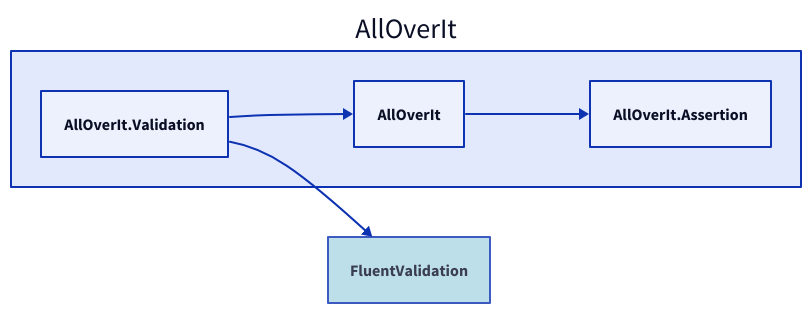
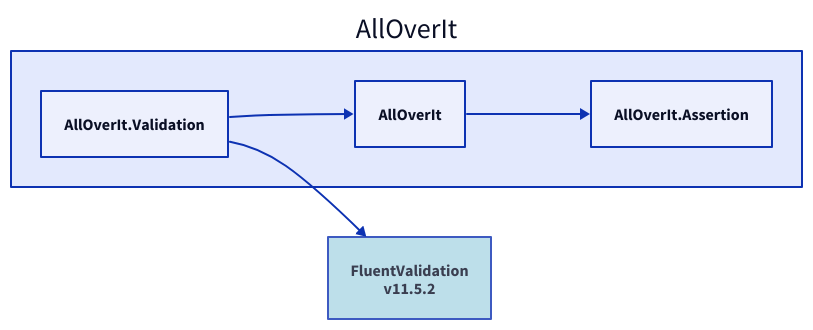
One commit to nickathone/AllOverIt changed the diagram in Docs/Dependencies/alloverit-validation.d2. Above: the diagram before and after it, drawn with D2. The commit also changed 62 other files, not shown here.

```diff
--- a/Docs/Dependencies/alloverit-validation.d2
+++ b/Docs/Dependencies/alloverit-validation.d2
@@ -1,12 +1,12 @@
 direction: right
 
 aoi: AllOverIt
 aoi.alloverit-validation: AllOverIt.Validation
-fluentvalidation: FluentValidation
-fluentvalidation.style.fill: "#ADD8E6"
-fluentvalidation.style.opacity: 0.8
-fluentvalidation <- aoi.alloverit-validation
+fluentvalidation_11-5-2: FluentValidation\nv11.5.2
+fluentvalidation_11-5-2.style.fill: "#ADD8E6"
+fluentvalidation_11-5-2.style.opacity: 0.8
+fluentvalidation_11-5-2 <- aoi.alloverit-validation
 aoi.alloverit: AllOverIt
 aoi.alloverit-assertion: AllOverIt.Assertion
 aoi.alloverit-assertion <- aoi.alloverit
 aoi.alloverit <- aoi.alloverit-validation
```
